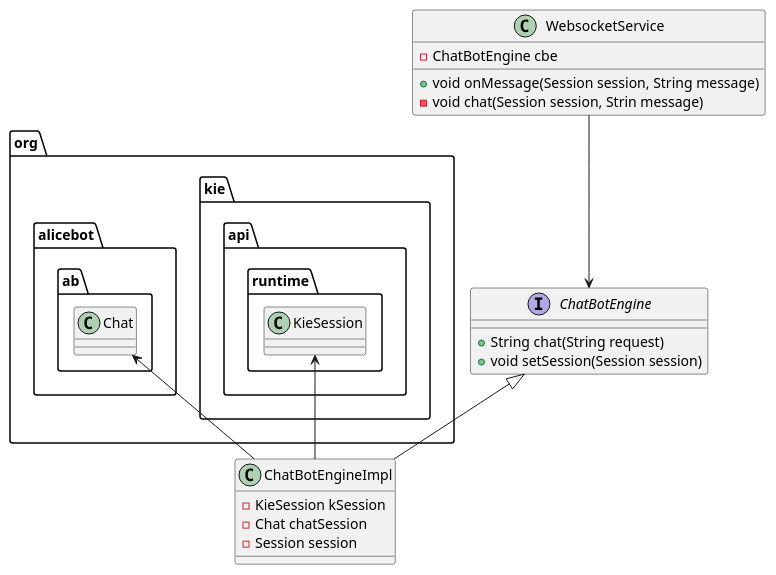
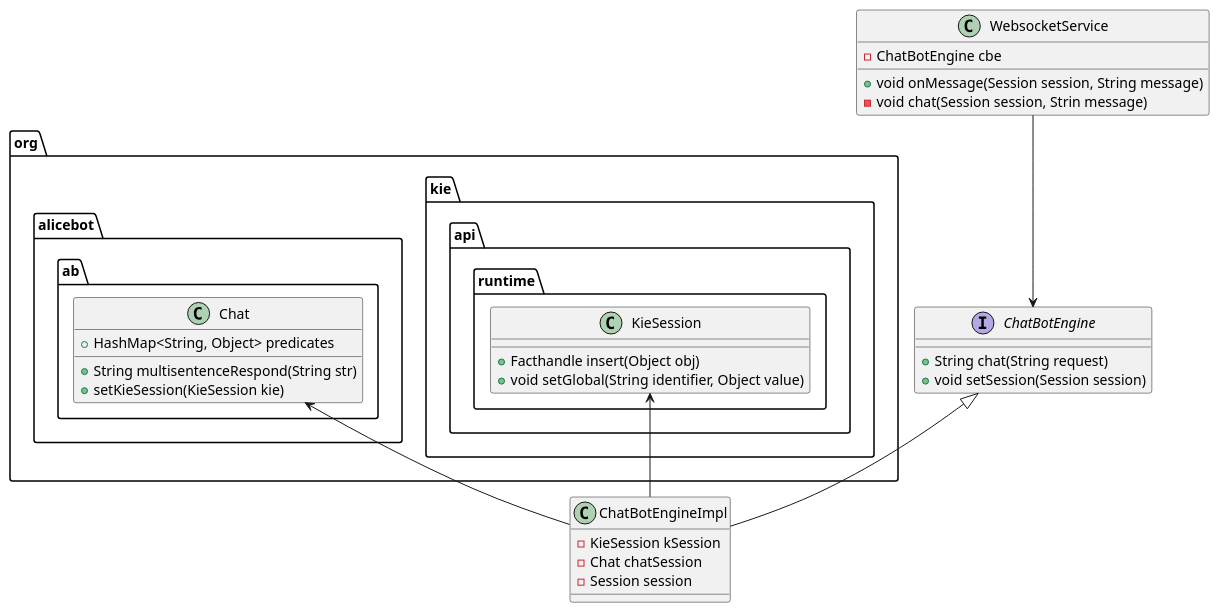
Before and after one commit to jappeace/methods-homework: the third of 4 diagrams in thesis/thesis.org, drawn with PlantUML. The commit also changed other lines of this file, not shown here.

```diff
--- a/thesis/thesis.org
+++ b/thesis/thesis.org
@@ -967,25 +967,34 @@
 #+BEGIN_SRC plantuml :file img/uml/class.png :exports results
-interface ChatBotEngine{
-  +String chat(String request)
-  +void setSession(Session session)
-}
-class ChatBotEngineImpl {
-  -KieSession kSession
-  -Chat chatSession
-  -Session session
-}
-ChatBotEngine <|-- ChatBotEngineImpl
-class WebsocketService{
-  -ChatBotEngine cbe
-  +void onMessage(Session session, String message)
-  -void chat(Session session, Strin message)
-}
-WebsocketService --> ChatBotEngine
+  interface ChatBotEngine{
+    +String chat(String request)
+    +void setSession(Session session)
+  }
+  class ChatBotEngineImpl {
+    -KieSession kSession
+    -Chat chatSession
+    -Session session
+  }
+  ChatBotEngine <|-- ChatBotEngineImpl
+  class WebsocketService{
+    -ChatBotEngine cbe
+    +void onMessage(Session session, String message)
+    -void chat(Session session, Strin message)
+  }
+  WebsocketService --> ChatBotEngine
 
-package org.kie.api.runtime{
-KieSession <-- ChatBotEngineImpl
-}
-package org.alicebot.ab{
-Chat <-- ChatBotEngineImpl
-}
+  package org.kie.api.runtime{
+  KieSession <-- ChatBotEngineImpl
+  class KieSession{
+      +Facthandle insert(Object obj)
+      +void setGlobal(String identifier, Object value)
+  }
+  }
+  package org.alicebot.ab{
+  Chat <-- ChatBotEngineImpl
+    class Chat{
+      +HashMap<String, Object> predicates
+      +String multisentenceRespond(String str)
+      +setKieSession(KieSession kie)
+    }
+  }
 #+END_SRC
```
